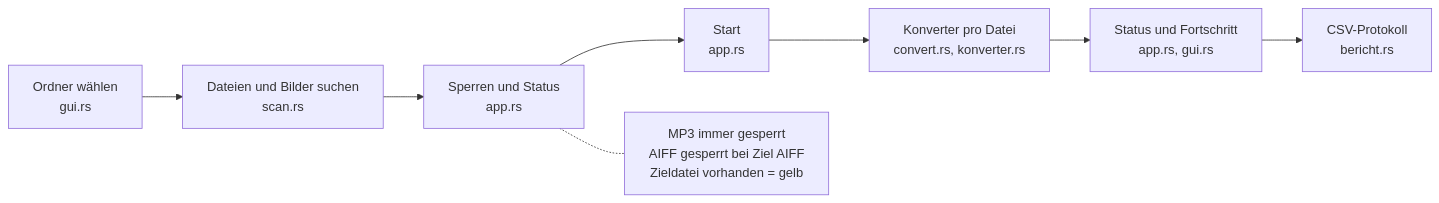
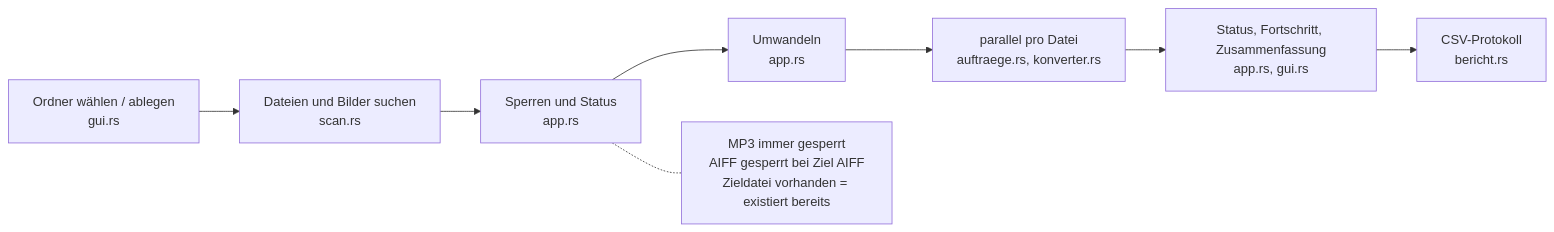
One commit to Senci/audio-konverter changed the diagram in wiki/diagramme/ablauf.md. Above: the diagram before and after it, drawn with Mermaid. The commit also changed 41 other files, not shown here.

````diff
--- a/wiki/diagramme/ablauf.md
+++ b/wiki/diagramme/ablauf.md
@@ -3,10 +3,10 @@
 ```mermaid
 flowchart LR
-    A["Ordner wählen<br/>gui.rs"] --> B["Dateien und Bilder suchen<br/>scan.rs"]
+    A["Ordner wählen / ablegen<br/>gui.rs"] --> B["Dateien und Bilder suchen<br/>scan.rs"]
     B --> C["Sperren und Status<br/>app.rs"]
-    C --> D["Start<br/>app.rs"]
-    D --> E["Konverter pro Datei<br/>convert.rs, konverter.rs"]
-    E --> F["Status und Fortschritt<br/>app.rs, gui.rs"]
+    C --> D["Umwandeln<br/>app.rs"]
+    D --> E["parallel pro Datei<br/>auftraege.rs, konverter.rs"]
+    E --> F["Status, Fortschritt, Zusammenfassung<br/>app.rs, gui.rs"]
     F --> G["CSV-Protokoll<br/>bericht.rs"]
-    C -.- N["MP3 immer gesperrt<br/>AIFF gesperrt bei Ziel AIFF<br/>Zieldatei vorhanden = gelb"]
+    C -.- N["MP3 immer gesperrt<br/>AIFF gesperrt bei Ziel AIFF<br/>Zieldatei vorhanden = existiert bereits"]
 ```
````
